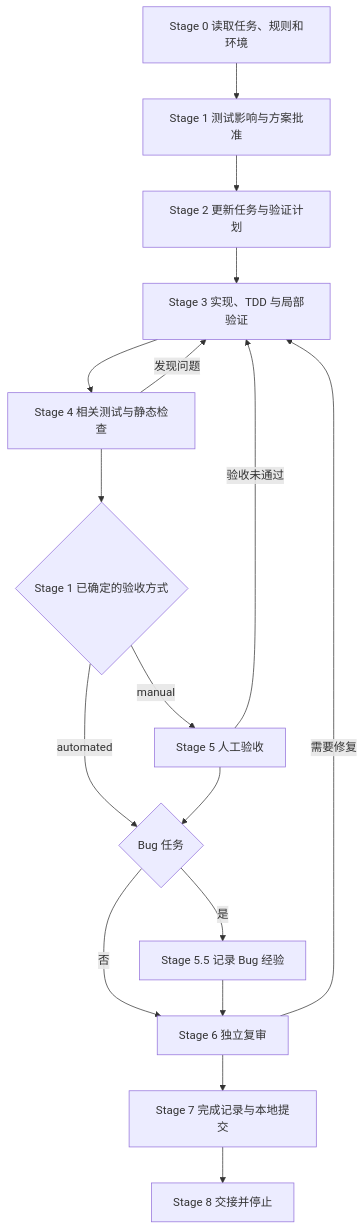
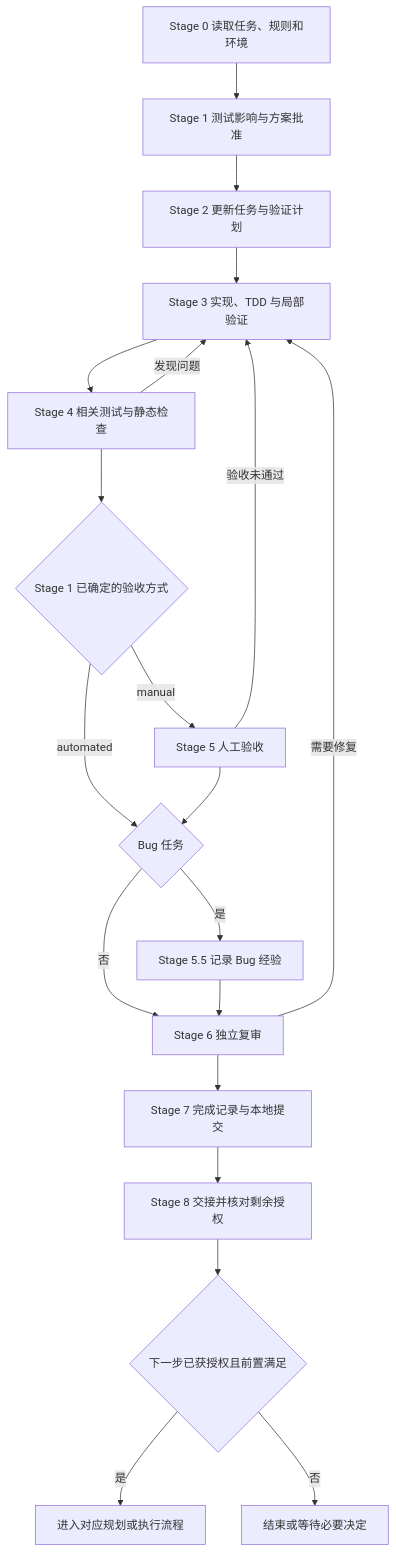
One commit to yxy823/Game_idle_yaya_frame changed the second of 2 diagrams in project-source/Project_README.md. Above: the diagram before and after it, drawn with Mermaid. The commit also changed other lines of this file and 15 other files, not shown here.

````diff
--- a/project-source/Project_README.md
+++ b/project-source/Project_README.md
@@ -95,19 +95,22 @@
 ```mermaid
 flowchart TD
     S0[Stage 0 读取任务、规则和环境] --> S1[Stage 1 测试影响与方案批准]
     S1 --> S2[Stage 2 更新任务与验证计划]
     S2 --> S3[Stage 3 实现、TDD 与局部验证]
     S3 --> S4[Stage 4 相关测试与静态检查]
     S4 --> M{Stage 1 已确定的验收方式}
     M -->|manual| S5[Stage 5 人工验收]
     M -->|automated| B
     S5 --> B{Bug 任务}
     B -->|是| L[Stage 5.5 记录 Bug 经验]
     B -->|否| S6[Stage 6 独立复审]
     L --> S6
     S6 --> S7[Stage 7 完成记录与本地提交]
-    S7 --> S8[Stage 8 交接并停止]
+    S7 --> S8[Stage 8 交接并核对剩余授权]
+    S8 --> N{下一步已获授权且前置满足}
+    N -->|是| W[进入对应规划或执行流程]
+    N -->|否| E[结束或等待必要决定]
     S4 -->|发现问题| S3
     S5 -->|验收未通过| S3
     S6 -->|需要修复| S3
 ```
````
